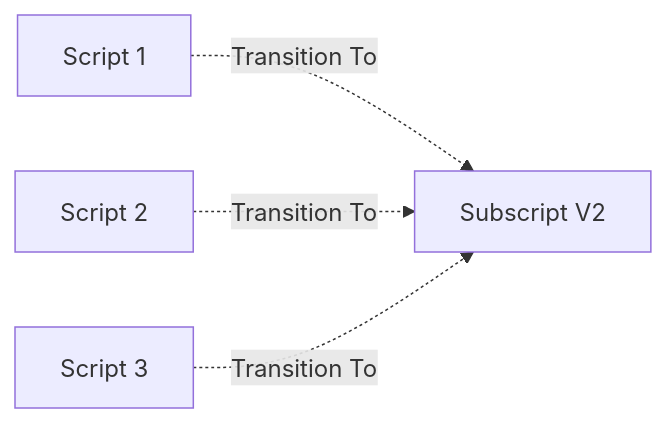
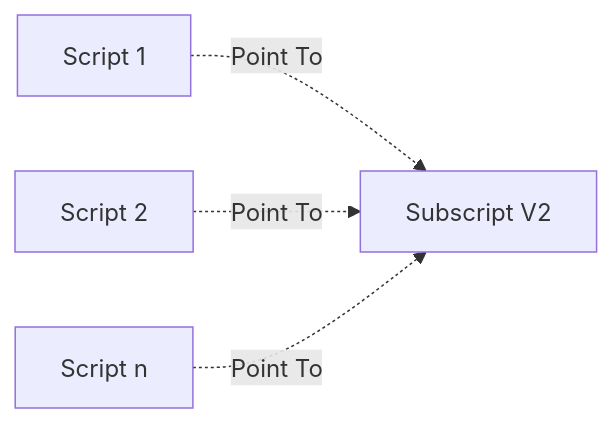
Before and after one commit to CloudChi/FX-Framework: the second of 6 diagrams in Versions_Updating.md, drawn with Mermaid. The commit also changed other lines of this file and 3 other files, not shown here.

````diff
--- a/Versions_Updating.md
+++ b/Versions_Updating.md
@@ -36,6 +38,6 @@
 ```mermaid
 graph LR
-  A[Script 1] -. Transition To .-> G[Subscript V2] 
-  B[Script 2] -. Transition To .-> G 
-  C[Script 3] -. Transition To .-> G 
+  A[Script 1] -. Point To .-> G[Subscript V2] 
+  B[Script 2] -. Point To .-> G 
+  C[Script n] -. Point To .-> G 
 ```
````
